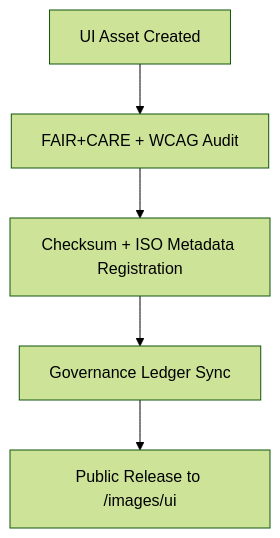
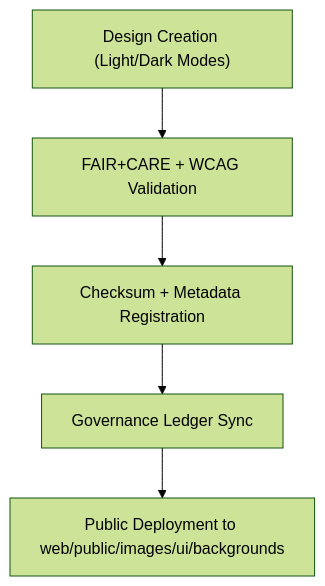
One commit to bartytime4life/Kansas-Frontier-Matrix changed the diagram in web/public/images/ui/backgrounds/README.md. Above: the diagram before and after it, drawn with Mermaid (forest theme). The commit also changed other lines of this file, not shown here.

````diff
--- a/web/public/images/ui/backgrounds/README.md
+++ b/web/public/images/ui/backgrounds/README.md
@@ -59,7 +56,7 @@
 ```mermaid
 flowchart TD
-A["UI Asset Created"] --> B["FAIR+CARE + WCAG Audit"]
-B --> C["Checksum + ISO Metadata Registration"]
+A["Design Creation (Light/Dark Modes)"] --> B["FAIR+CARE + WCAG Validation"]
+B --> C["Checksum + Metadata Registration"]
 C --> D["Governance Ledger Sync"]
-D --> E["Public Release to /images/ui"]
+D --> E["Public Deployment to web/public/images/ui/backgrounds"]
 ```
````
